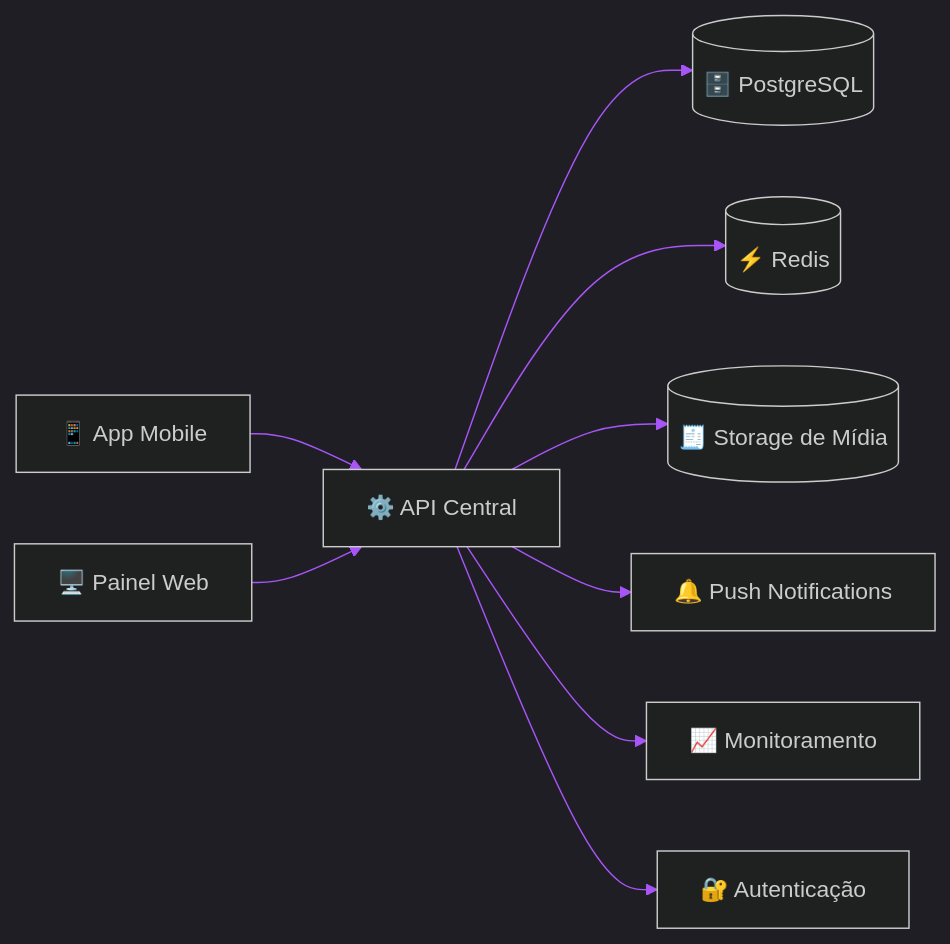
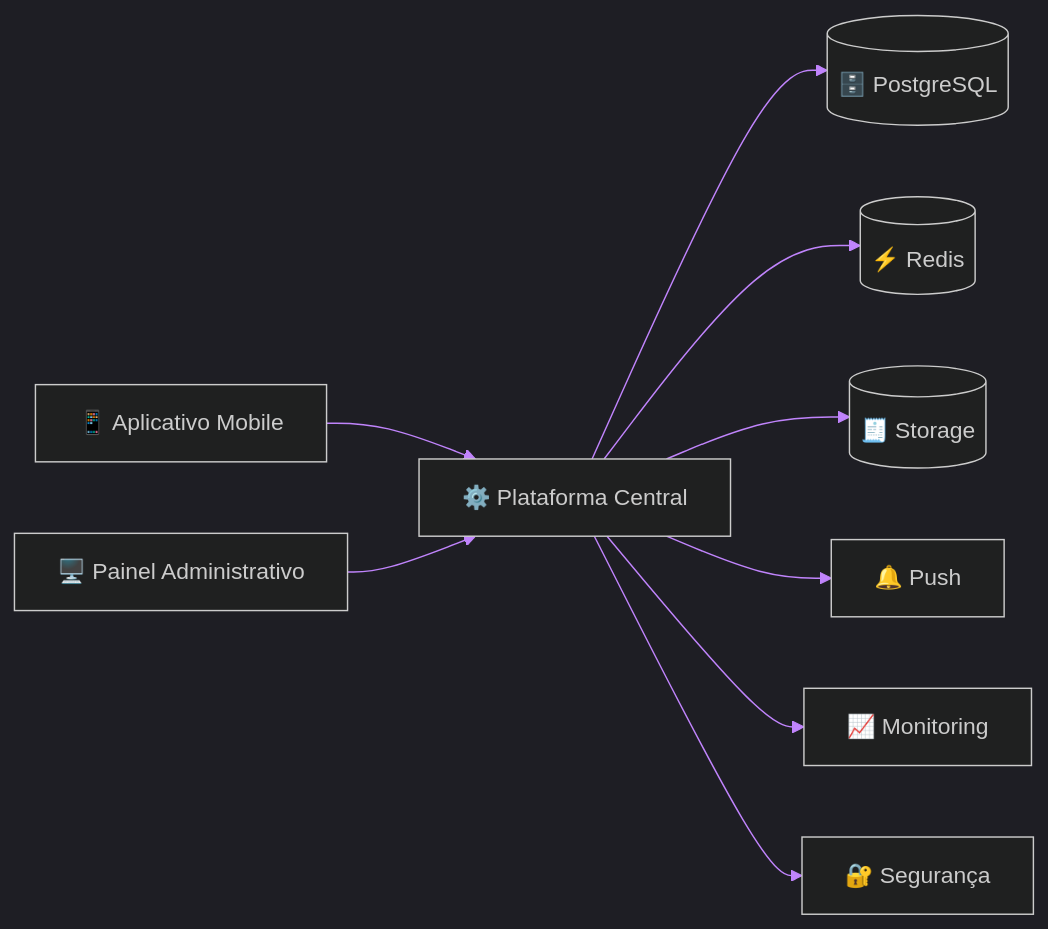
One commit to matheusdiamantino-betalent/questions-ai changed the second of 7 diagrams in test.md. Above: the diagram before and after it, drawn with Mermaid. The commit also changed other lines of this file, not shown here.

````diff
--- a/test.md
+++ b/test.md
@@ -217,25 +157,22 @@
 ```mermaid
 %%{init: {
-  'theme': 'dark',
-  'themeVariables': {
-    'background': '#030712',
-    'primaryColor': '#00E5FF',
-    'primaryBorderColor': '#22D3EE',
-    'primaryTextColor': '#ECFEFF',
-    'lineColor': '#A855F7',
-    'secondaryColor': '#0F172A',
-    'secondaryTextColor': '#ECFEFF',
-    'tertiaryColor': '#111827',
-    'tertiaryTextColor': '#ECFEFF'
-  }
-}}%%
+'theme':'dark',
+'themeVariables':{
+'background':'#030712',
+'primaryColor':'#22D3EE',
+'primaryTextColor':'#F8FAFC',
+'primaryBorderColor':'#A3E635',
+'lineColor':'#C084FC',
+'secondaryColor':'#111827',
+'secondaryTextColor':'#F8FAFC'
+}}}%%
 flowchart LR
-A[📱 App Mobile] --> B[⚙️ API Central]
-C[🖥️ Painel Web] --> B
+A[📱 Aplicativo Mobile] --> B[⚙️ Plataforma Central]
+C[🖥️ Painel Administrativo] --> B
 B --> D[(🗄️ PostgreSQL)]
 B --> E[(⚡ Redis)]
-B --> F[(🧾 Storage de Mídia)]
-B --> G[🔔 Push Notifications]
-B --> H[📈 Monitoramento]
-B --> I[🔐 Autenticação]
+B --> F[(🧾 Storage)]
+B --> G[🔔 Push]
+B --> H[📈 Monitoring]
+B --> I[🔐 Segurança]
 ```
````
